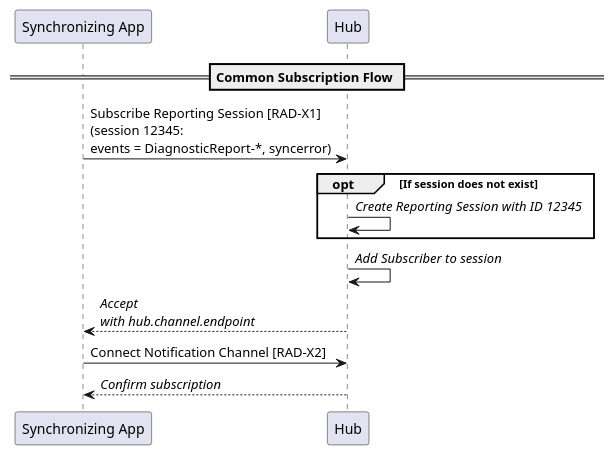
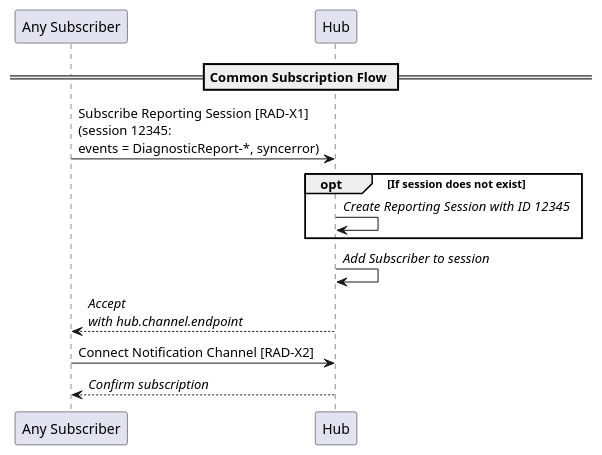
The diagram in input/images-source/common-subscription.plantuml (IHE/RAD.IRA), drawn with PlantUML before and after one commit. The commit also changed 9 other files, not shown here.

```diff
--- a/input/images-source/common-subscription.plantuml
+++ b/input/images-source/common-subscription.plantuml
@@ -1,20 +1,20 @@
 @startuml
 
-participant "Synchronizing App" as Sub
+participant "Any Subscriber" as Sub
 participant Hub as Hub
 
 == Common Subscription Flow ==
 
 Sub->Hub: Subscribe Reporting Session [RAD-X1]\n(session 12345:\nevents = DiagnosticReport-*, syncerror)
 
 opt If session does not exist
 Hub->Hub: //Create Reporting Session with ID 12345//
 end
 
 Hub->Hub: //Add Subscriber to session//
 
 Hub-->Sub: //Accept//\n//with hub.channel.endpoint//
 Sub->Hub: Connect Notification Channel [RAD-X2]
 Hub-->Sub: //Confirm subscription//
 
 @enduml
```
